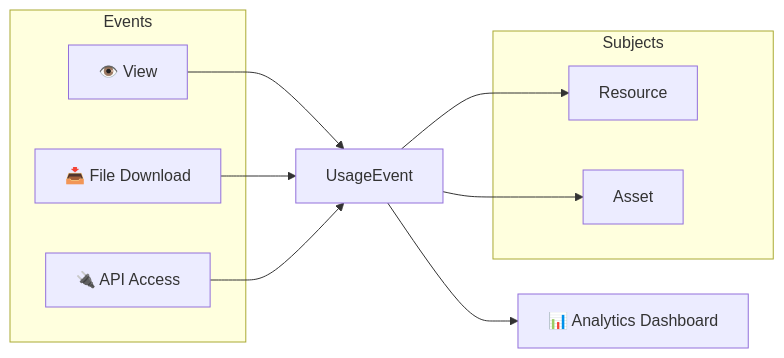
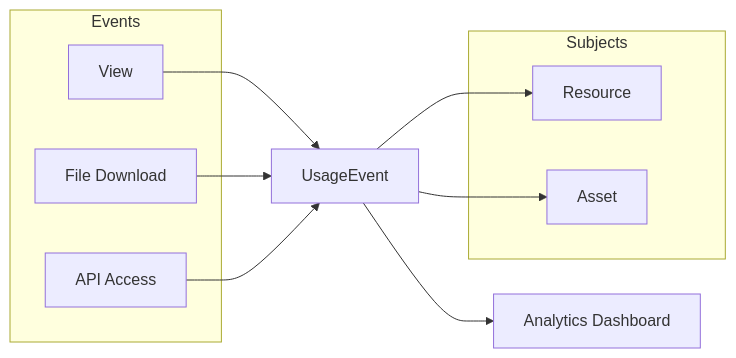
The sixth of 8 diagrams in docs/ARCHITECTURE.md (Itqan-community/cms-backend), drawn with Mermaid before and after one commit. The commit also changed other lines of this file and 10 other files, not shown here.

````diff
--- a/docs/ARCHITECTURE.md
+++ b/docs/ARCHITECTURE.md
@@ -253,19 +259,19 @@
 ```mermaid
 flowchart LR
     subgraph Events
-        E1["👁️ View"]
-        E2["📥 File Download"]
-        E3["🔌 API Access"]
+        E1["View"]
+        E2["File Download"]
+        E3["API Access"]
     end
 
     subgraph Subjects
         S1["Resource"]
         S2["Asset"]
     end
 
     E1 & E2 & E3 --> UE["UsageEvent"]
     UE --> S1
     UE --> S2
 
-    UE --> Stats["📊 Analytics Dashboard"]
+    UE --> Stats["Analytics Dashboard"]
 ```
````
